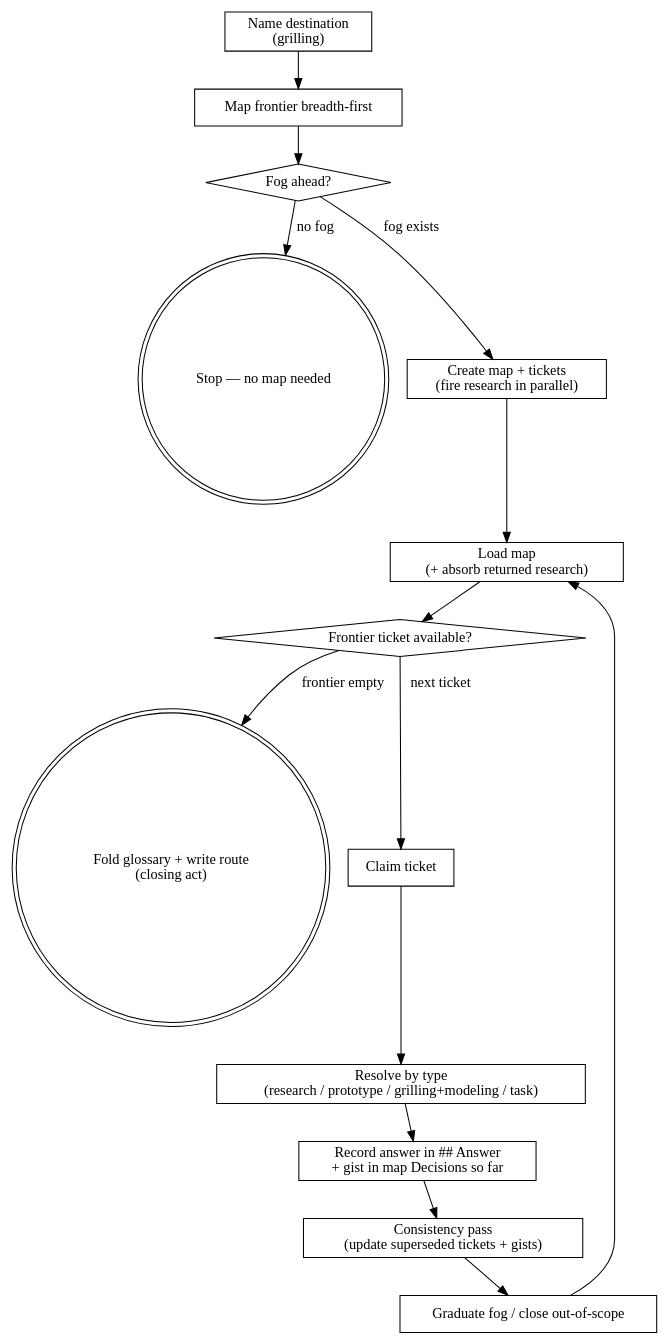
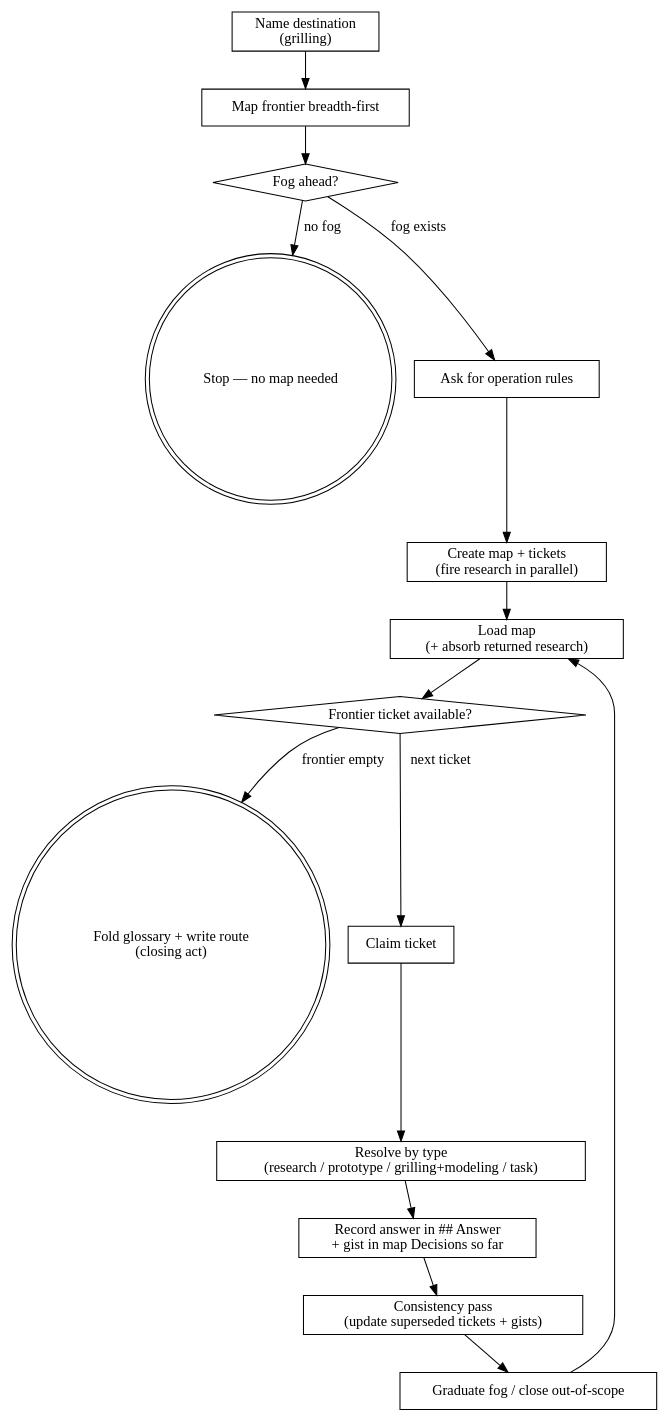
Before and after one commit to caiorcferreira/hamilton: the diagram in skills/hamilton-wayfinder/SKILL.md, drawn with Graphviz. The commit also changed other lines of this file and 3 other files, not shown here.

Commit message:
feat(skills): wayfinder charting records working branch and operation rules

````diff
--- a/skills/hamilton-wayfinder/SKILL.md
+++ b/skills/hamilton-wayfinder/SKILL.md
@@ -97,31 +98,33 @@
 ```dot
 digraph hamilton_wayfinder {
     "Name destination\n(grilling)" [shape=box];
     "Map frontier breadth-first" [shape=box];
     "Fog ahead?" [shape=diamond];
     "Stop — no map needed" [shape=doublecircle];
+    "Ask for operation rules" [shape=box];
     "Create map + tickets\n(fire research in parallel)" [shape=box];
     "Load map\n(+ absorb returned research)" [shape=box];
     "Frontier ticket available?" [shape=diamond];
     "Fold glossary + write route\n(closing act)" [shape=doublecircle];
     "Claim ticket" [shape=box];
     "Resolve by type\n(research / prototype / grilling+modeling / task)" [shape=box];
     "Record answer in ## Answer\n+ gist in map Decisions so far" [shape=box];
     "Consistency pass\n(update superseded tickets + gists)" [shape=box];
     "Graduate fog / close out-of-scope" [shape=box];
 
     "Name destination\n(grilling)" -> "Map frontier breadth-first";
     "Map frontier breadth-first" -> "Fog ahead?";
     "Fog ahead?" -> "Stop — no map needed" [label="no fog"];
-    "Fog ahead?" -> "Create map + tickets\n(fire research in parallel)" [label="fog exists"];
+    "Fog ahead?" -> "Ask for operation rules" [label="fog exists"];
+    "Ask for operation rules" -> "Create map + tickets\n(fire research in parallel)";
     "Create map + tickets\n(fire research in parallel)" -> "Load map\n(+ absorb returned research)";
     "Load map\n(+ absorb returned research)" -> "Frontier ticket available?";
     "Frontier ticket available?" -> "Fold glossary + write route\n(closing act)" [label="frontier empty"];
     "Frontier ticket available?" -> "Claim ticket" [label="next ticket"];
     "Claim ticket" -> "Resolve by type\n(research / prototype / grilling+modeling / task)";
     "Resolve by type\n(research / prototype / grilling+modeling / task)" -> "Record answer in ## Answer\n+ gist in map Decisions so far";
     "Record answer in ## Answer\n+ gist in map Decisions so far" -> "Consistency pass\n(update superseded tickets + gists)";
     "Consistency pass\n(update superseded tickets + gists)" -> "Graduate fog / close out-of-scope";
     "Graduate fog / close out-of-scope" -> "Load map\n(+ absorb returned research)";
 }
 ```
````
